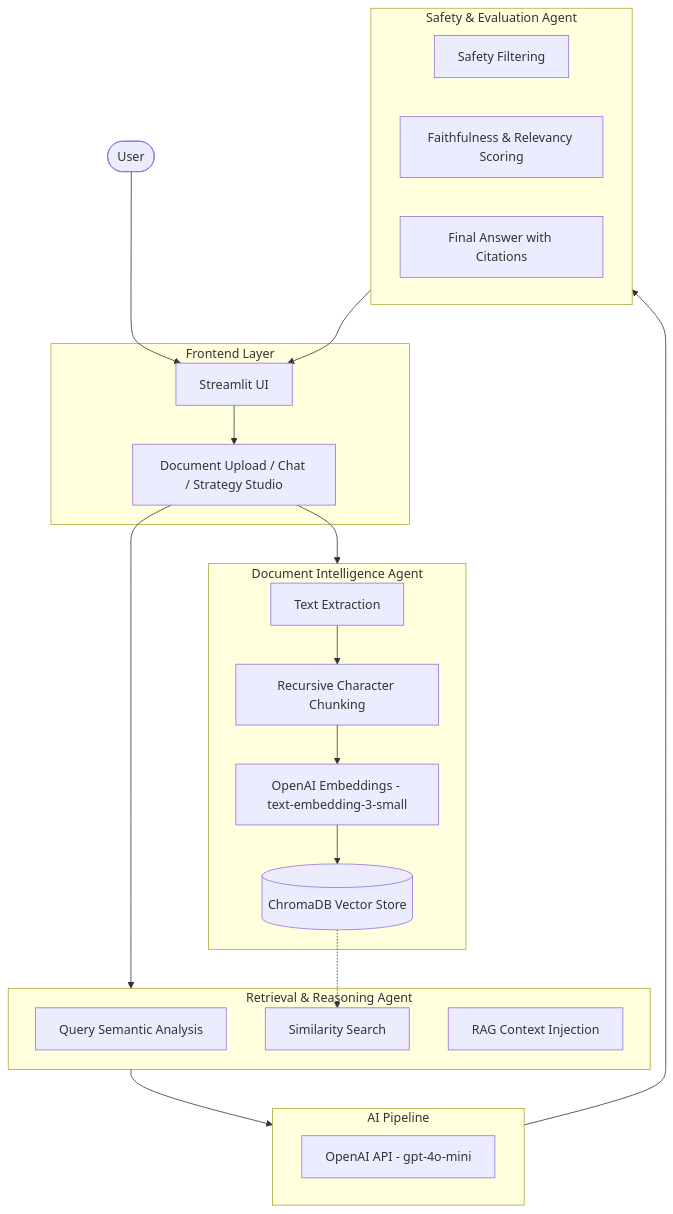
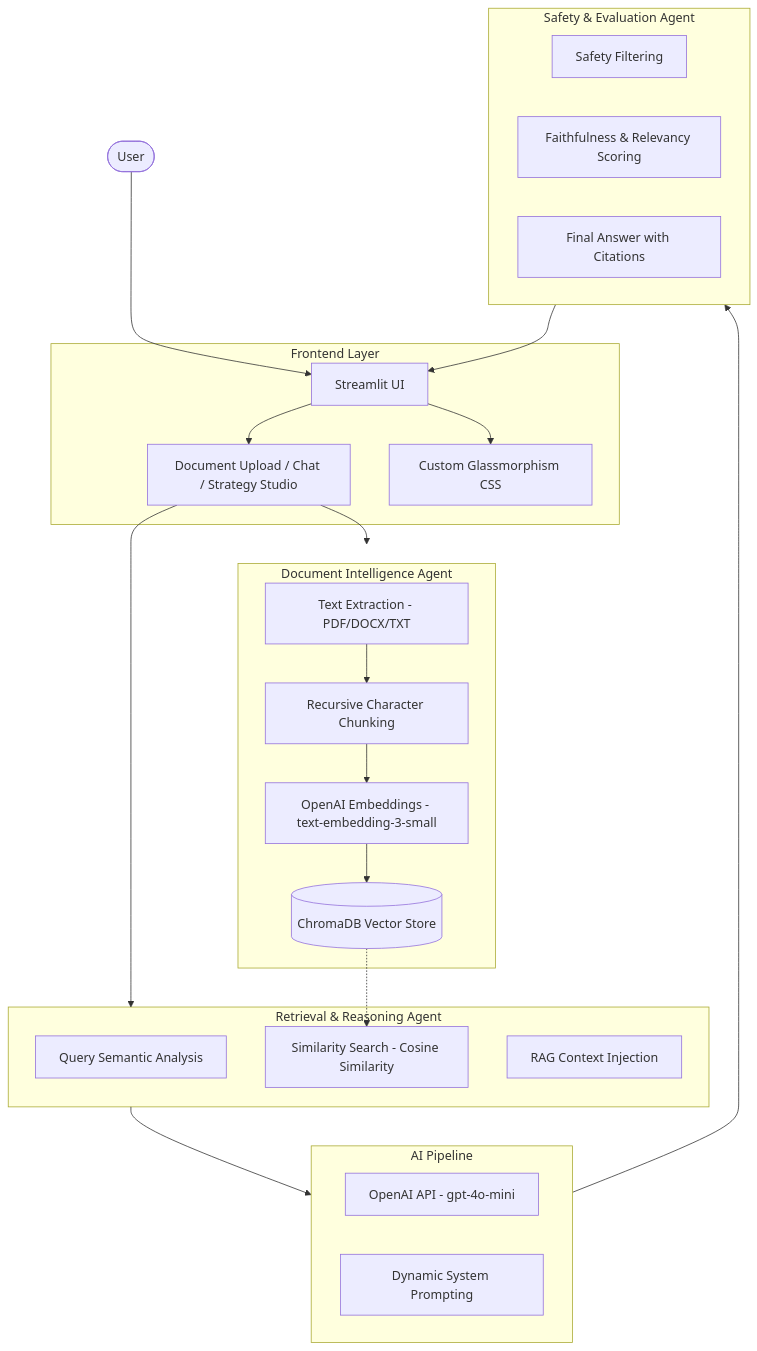
The diagram in docs/architecture.md (animusehsan-sketch/parsuma-ai-platform), drawn with Mermaid before and after one commit. The commit also changed other lines of this file and 3 other files, not shown here.

````diff
--- a/docs/architecture.md
+++ b/docs/architecture.md
@@ -9,47 +11,50 @@
 ```mermaid
 graph TD
     User([User])
     
     subgraph UI_Layer [Frontend Layer]
         Streamlit[Streamlit UI]
         Modules[Document Upload / Chat / Strategy Studio]
+        CSS[Custom Glassmorphism CSS]
     end
 
     subgraph Ingestion_Agent [Document Intelligence Agent]
-        Extraction[Text Extraction]
+        Extraction[Text Extraction - PDF/DOCX/TXT]
         Chunking[Recursive Character Chunking]
         Embeddings[OpenAI Embeddings - text-embedding-3-small]
         VectorStore[(ChromaDB Vector Store)]
     end
 
     subgraph Retrieval_Layer [Retrieval & Reasoning Agent]
         QueryProcessing[Query Semantic Analysis]
-        Retriever[Similarity Search]
+        Retriever[Similarity Search - Cosine Similarity]
         RAGPipeline[RAG Context Injection]
     end
 
     subgraph LLM_Orchestration [AI Pipeline]
         OpenAI[OpenAI API - gpt-4o-mini]
+        SystemPrompt[Dynamic System Prompting]
     end
 
     subgraph Validation_Layer [Safety & Evaluation Agent]
         Guardrails[Safety Filtering]
         Eval[Faithfulness & Relevancy Scoring]
         FinalOutput[Final Answer with Citations]
     end
 
     %% Connections
     User --> Streamlit
     Streamlit --> Modules
     Modules --> Ingestion_Agent
+    Streamlit --> CSS
     
     Extraction --> Chunking
     Chunking --> Embeddings
     Embeddings --> VectorStore
     
     Modules --> Retrieval_Layer
     VectorStore -.-> Retriever
     Retrieval_Layer --> LLM_Orchestration
     LLM_Orchestration --> Validation_Layer
     Validation_Layer --> Streamlit
 ```
````
